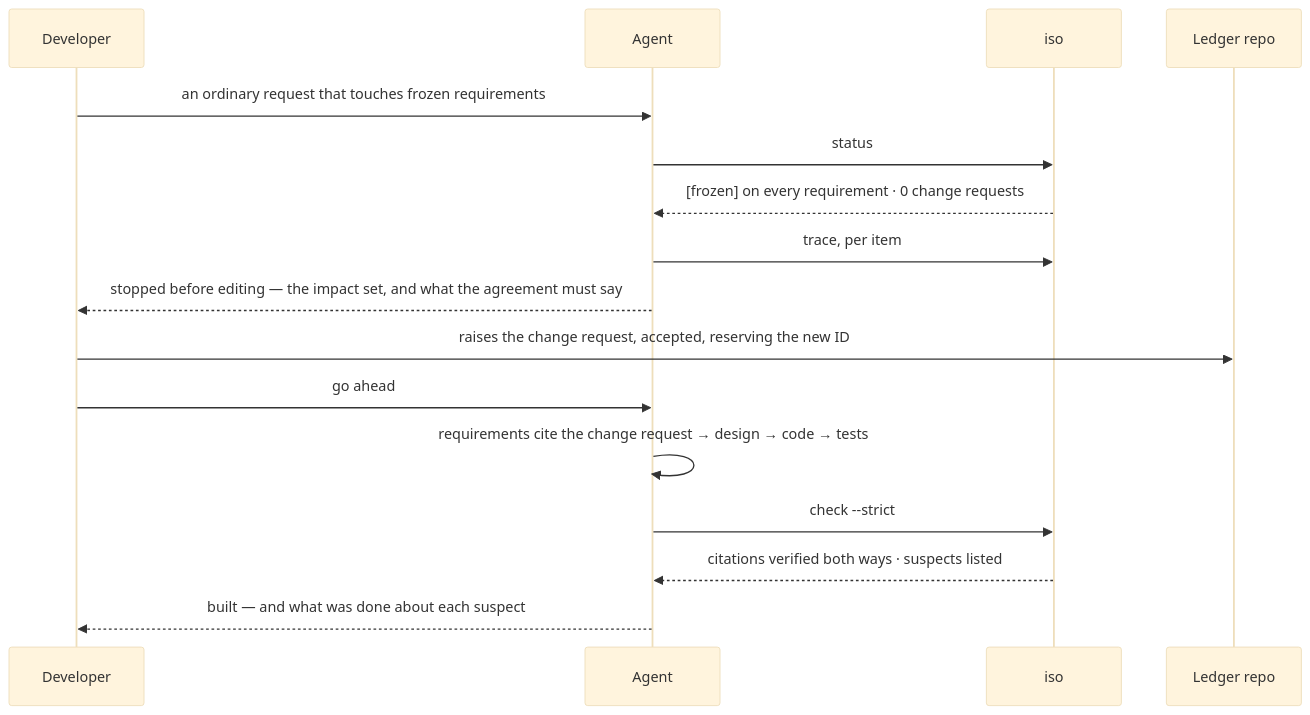
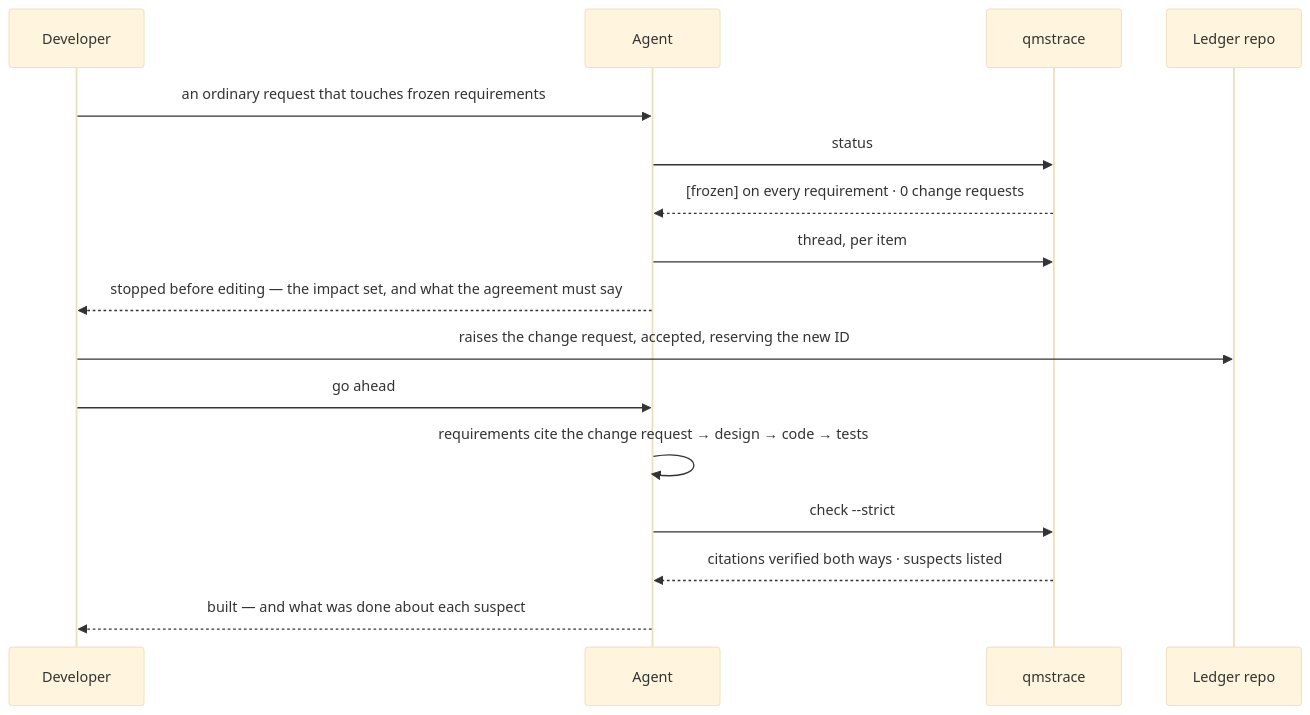
Before and after one commit to Lightbridge-KS/qmstrace: the third of 4 diagrams in docs/design/surface-architecture.md, drawn with Mermaid (base theme). The commit also changed other lines of this file and 6 other files, not shown here.

````diff
--- a/docs/design/surface-architecture.md
+++ b/docs/design/surface-architecture.md
@@ -150,18 +152,18 @@
 ```mermaid
 sequenceDiagram
     participant D as Developer
     participant A as Agent
-    participant T as iso
+    participant T as qmstrace
     participant L as Ledger repo
     D->>A: an ordinary request that touches frozen requirements
     A->>T: status
     T-->>A: [frozen] on every requirement · 0 change requests
-    A->>T: trace, per item
+    A->>T: thread, per item
     A-->>D: stopped before editing — the impact set, and what the agreement must say
     D->>L: raises the change request, accepted, reserving the new ID
     D->>A: go ahead
     A->>A: requirements cite the change request → design → code → tests
     A->>T: check --strict
     T-->>A: citations verified both ways · suspects listed
     A-->>D: built — and what was done about each suspect
 ```
````
